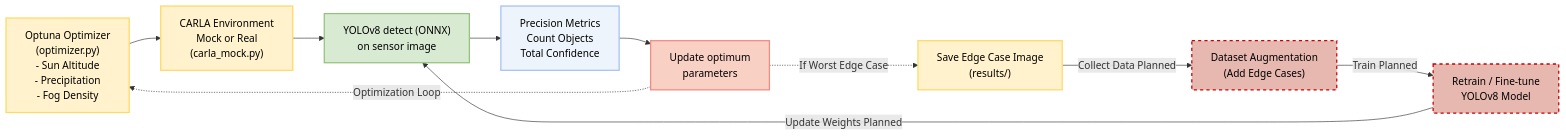
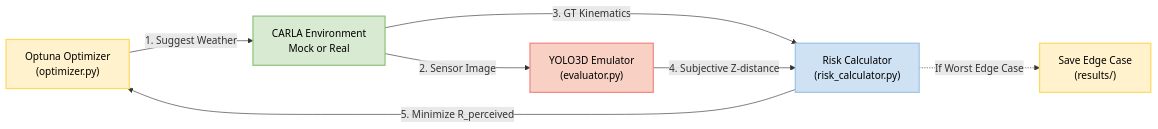
One commit to Devsara3/High-Speed-Edge-Case-Discovery-for-Camera-Only-Autonomous-Driving changed the diagram in README.md. Above: the diagram before and after it, drawn with Mermaid. The commit also changed other lines of this file and 2 other files, not shown here.

````diff
--- a/README.md
+++ b/README.md
@@ -11,29 +13,21 @@
 ```mermaid
 flowchart LR
     classDef optuna fill:#fff2cc,stroke:#ffd966,stroke-width:2px,color:#000000;
-    classDef params fill:#fff2cc,stroke:#ffd966,stroke-width:2px,color:#000000;
     classDef env fill:#d9ead3,stroke:#93c47d,stroke-width:2px,color:#000000;
-    classDef sensor fill:#eef4fb,stroke:#a4c2f4,stroke-width:2px,color:#000000;
     classDef yolo fill:#f9d0c4,stroke:#f28b82,stroke-width:2px,color:#000000;
+    classDef risk fill:#cfe2f3,stroke:#9fc5e8,stroke-width:2px,color:#000000;
     classDef save fill:#fff2cc,stroke:#ffd966,stroke-width:2px,color:#000000;
-    classDef learning fill:#e6b8af,stroke:#cc0000,stroke-width:2px,color:#000000,stroke-dasharray: 5 5;
 
-    A["Optuna Optimizer<br/>(optimizer.py)<br/>- Sun Altitude<br/>- Precipitation<br/>- Fog Density"]:::optuna
-    B["CARLA Environment<br/>Mock or Real<br/>(carla_mock.py)"]:::params
-    C["YOLOv8 detect (ONNX)<br/>on sensor image"]:::env
-    D["Precision Metrics<br/>Count Objects<br/>Total Confidence"]:::sensor
-    E["Update optimum<br/>parameters"]:::yolo
-    F["Save Edge Case Image<br/>(results/)"]:::save
-    G["Dataset Augmentation<br/>(Add Edge Cases)"]:::learning
-    H["Retrain / Fine-tune<br/>YOLOv8 Model"]:::learning
+    A["Optuna Optimizer<br/>(optimizer.py)"]:::optuna
+    B["CARLA Environment<br/>Mock or Real"]:::env
+    C["YOLO3D Emulator<br/>(evaluator.py)"]:::yolo
+    D["Risk Calculator<br/>(risk_calculator.py)"]:::risk
+    E["Save Edge Case<br/>(results/)"]:::save
 
-    A --> B
-    B --> C
-    C --> D
-    D --> E
-    E -.->|Optimization Loop| A
-    E -.->|If Worst Edge Case| F
-    F -->|Collect Data Planned| G
-    G -->|Train Planned| H
-    H -->|Update Weights Planned| C
+    A -- "1. Suggest Weather" --> B
+    B -- "2. Sensor Image" --> C
+    B -- "3. GT Kinematics" --> D
+    C -- "4. Subjective Z-distance" --> D
+    D -- "5. Minimize R_perceived" --> A
+    D -.->|If Worst Edge Case| E
 ```
````
